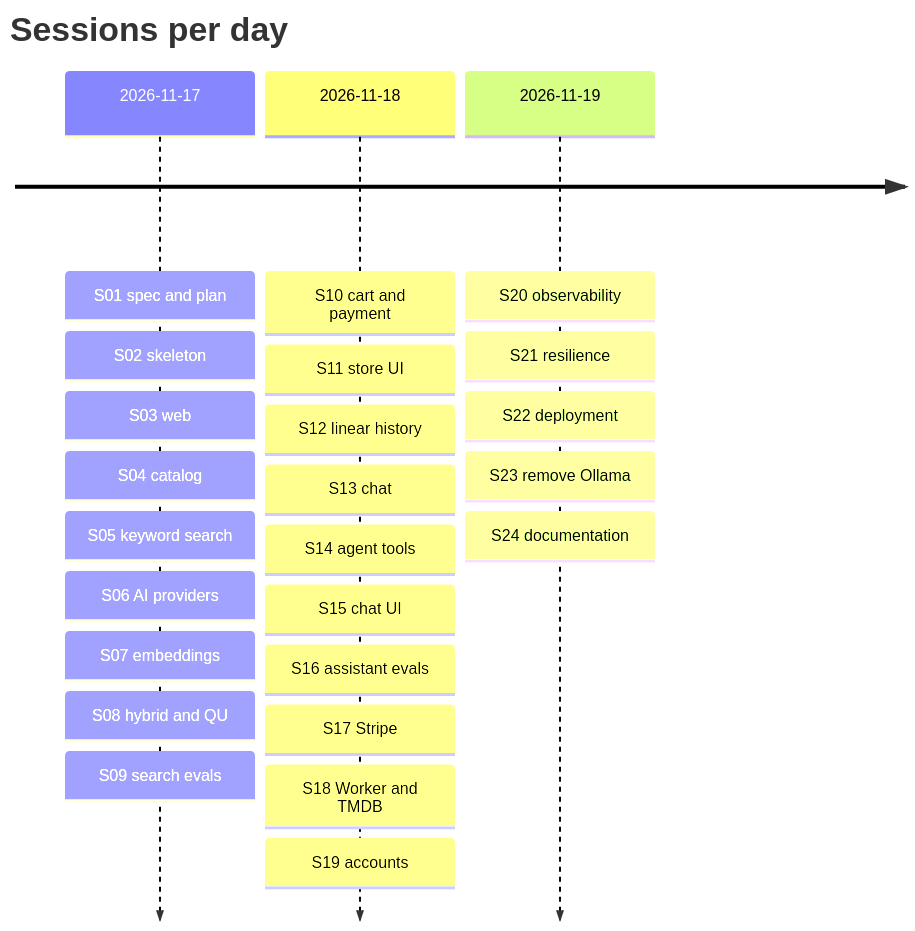
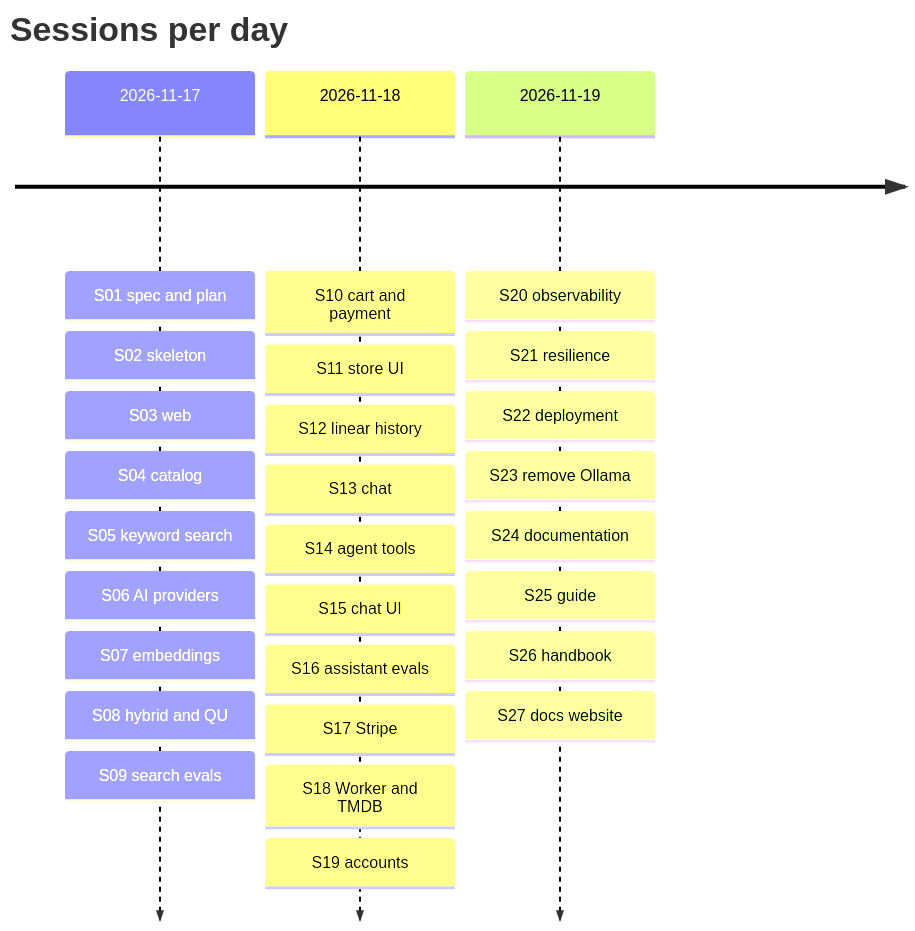
Before and after one commit to gray0072/ai-rag-film-search: the diagram in docs/journal/README.md, drawn with Mermaid. The commit also changed other lines of this file and 91 other files, not shown here.

````diff
--- a/docs/journal/README.md
+++ b/docs/journal/README.md
@@ -23,7 +23,7 @@
 ```mermaid
 timeline
     title Sessions per day
     2026-11-17 : S01 spec and plan : S02 skeleton : S03 web : S04 catalog : S05 keyword search : S06 AI providers : S07 embeddings : S08 hybrid and QU : S09 search evals
     2026-11-18 : S10 cart and payment : S11 store UI : S12 linear history : S13 chat : S14 agent tools : S15 chat UI : S16 assistant evals : S17 Stripe : S18 Worker and TMDB : S19 accounts
-    2026-11-19 : S20 observability : S21 resilience : S22 deployment : S23 remove Ollama : S24 documentation
+    2026-11-19 : S20 observability : S21 resilience : S22 deployment : S23 remove Ollama : S24 documentation : S25 guide : S26 handbook : S27 docs website
 ```
````
